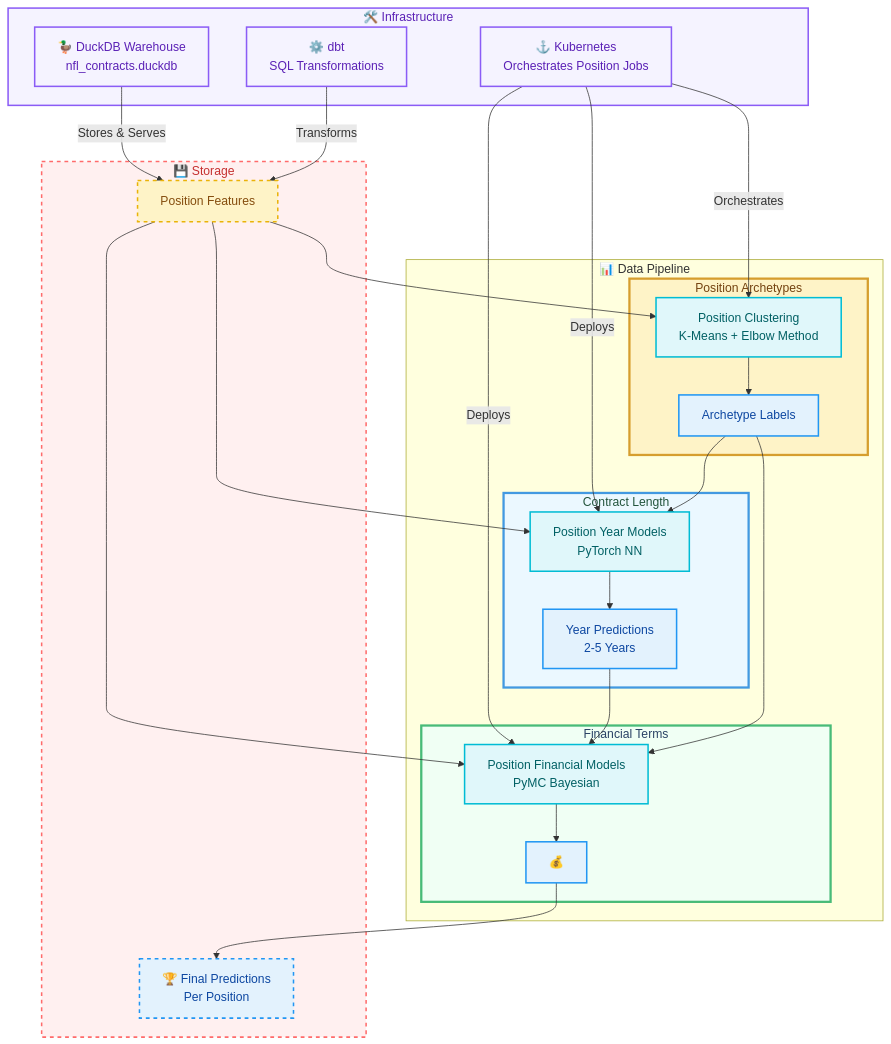
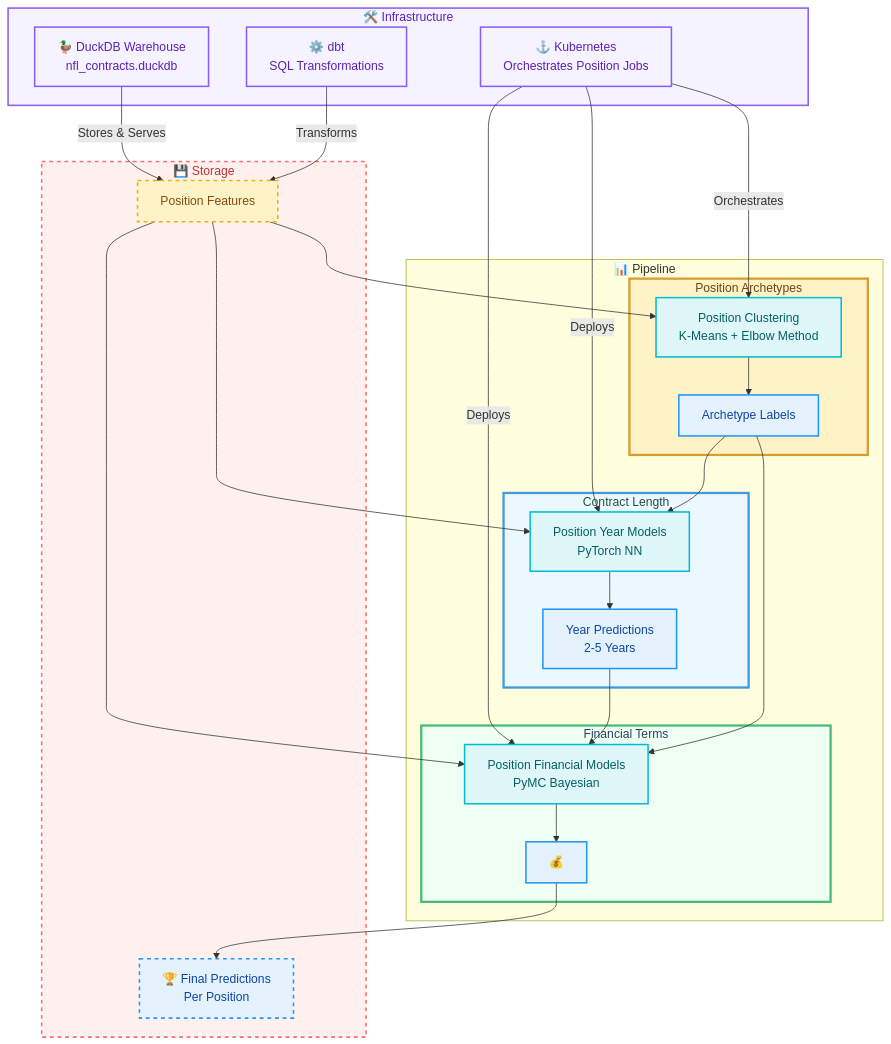
Before and after one commit to dec1costello/NFL-Market-Value-Analysis: the diagram in README.md, drawn with Mermaid.

Commit message:
Fix typo in DATA_FLOW subgraph header

````diff
--- a/README.md
+++ b/README.md
@@ -36,76 +36,76 @@
 ```mermaid
 graph TB
  %% === STYLING ===
     classDef stage1 fill:#fef3c7,stroke:#d69e2e,stroke-width:3px,color:#744210
     classDef stage2 fill:#ebf8ff,stroke:#4299e1,stroke-width:3px,color:#22543d 
     classDef stage3 fill:#f0fff4,stroke:#48bb78,stroke-width:3px,color: #2a4365
     classDef features fill:#fef3c7,stroke:#eab308,stroke-width:2px,color:#854d0e
     classDef model fill:#e0f7fa,stroke:#00bcd4,stroke-width:2px,color:#006064
     classDef output fill:#e3f2fd,stroke:#2196f3,stroke-width:2px,color:#0d47a1
     classDef infra fill:#f5f3ff,stroke:#8b5cf6,stroke-width:2px,color:#5b21b6
     classDef storage fill:#fff0f0,stroke:#FF6B6B,stroke-width:2px,stroke-dasharray:5 5,color:#c53030
 
     %% === INFRASTRUCTURE LAYERS ===
     subgraph INFRA ["🛠️ Infrastructure"]
         DUCKDB["🦆 DuckDB Warehouse<br/>nfl_contracts.duckdb"]
         K8S["⚓ Kubernetes<br/>Orchestrates Position Jobs"]
         DBT["⚙️ dbt<br/>SQL Transformations"]
     end
 
     %% === DATA FLOW ===
-    subgraph DATA_FLOW ["📊 Data Pipeline"]
+    subgraph DATA_FLOW ["📊 Pipeline"]
         %% === STAGE 1: ARCHETYPE DISCOVERY ===
         subgraph STAGE_1 ["Position Archetypes"]
             CLUSTERING["Position Clustering<br/>K-Means + Elbow Method"]
             ARCHETYPES["Archetype Labels"]
         end
 
         %% === STAGE 2: YEAR PREDICTION ===
         subgraph STAGE_2 ["Contract Length"]
             YEAR_MODELS["Position Year Models<br/>PyTorch NN"]
             YEAR_PREDS["Year Predictions<br/>2-5 Years"]
         end
 
         %% === STAGE 3: FINANCIAL PREDICTION ===
         subgraph STAGE_3 ["Financial Terms"]
             FINANCIAL_MODELS["Position Financial Models<br/>PyMC Bayesian"]
             FINANCIAL_PREDS["💰"]
         end
     end
 
     %% === STORAGE LAYER ===
     subgraph STORAGE ["💾 Storage"]
         FEATURES["Position Features<br/>"]
         RESULTS["🏆 Final Predictions<br/>Per Position"]
     end
 
     %% === CONNECTIONS ===
     %% Infrastructure → Data Flow
     DUCKDB -->|"Stores & Serves"| FEATURES
     DBT -->|"Transforms"| FEATURES
     K8S -->|"Orchestrates"| CLUSTERING
     K8S -->|"Deploys"| YEAR_MODELS
     K8S -->|"Deploys"| FINANCIAL_MODELS
 
     %% Data Pipeline Flow
     FEATURES --> CLUSTERING
     CLUSTERING --> ARCHETYPES
     ARCHETYPES --> YEAR_MODELS
     FEATURES --> YEAR_MODELS
     YEAR_MODELS --> YEAR_PREDS
     YEAR_PREDS --> FINANCIAL_MODELS
     ARCHETYPES --> FINANCIAL_MODELS
     FEATURES --> FINANCIAL_MODELS
     FINANCIAL_MODELS --> FINANCIAL_PREDS
     FINANCIAL_PREDS --> RESULTS
 
     %% === STYLES ===
     class INFRA,DUCKDB,K8S,DBT infra
     class STORAGE,FEATURES,RESULTS storage
     class STAGE_1 stage1
     class STAGE_2 stage2
     class STAGE_3 stage3
     class FEATURES features
     class CLUSTERING,YEAR_MODELS,FINANCIAL_MODELS model
     class ARCHETYPES,YEAR_PREDS,FINANCIAL_PREDS,RESULTS output;
 ```
````
